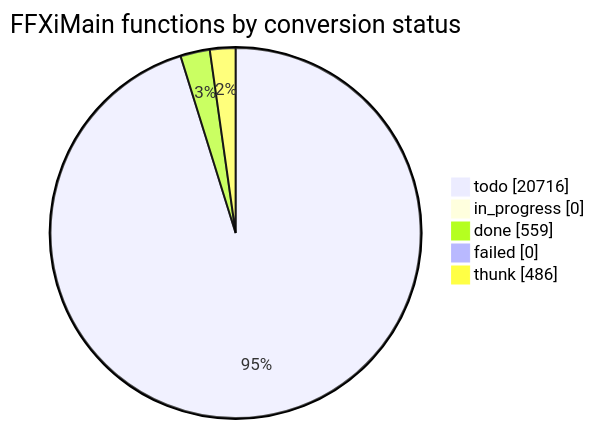
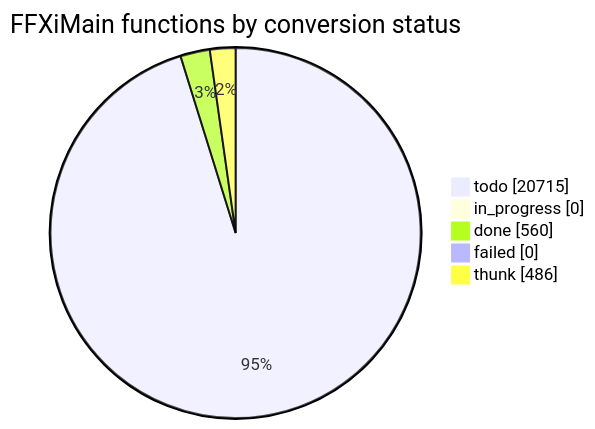
Before and after one commit to cowrevenge/cow_kuluu_xi_anything: the diagram in docs/cow/STATUS.md, drawn with Mermaid. The commit also changed other lines of this file and 9 other files, not shown here.

````diff
--- a/docs/cow/STATUS.md
+++ b/docs/cow/STATUS.md
@@ -18,9 +18,9 @@
 ```mermaid
 pie showData
     title FFXiMain functions by conversion status
-    "todo" : 20716
+    "todo" : 20715
     "in_progress" : 0
-    "done" : 559
+    "done" : 560
     "failed" : 0
     "thunk" : 486
 ```
````
